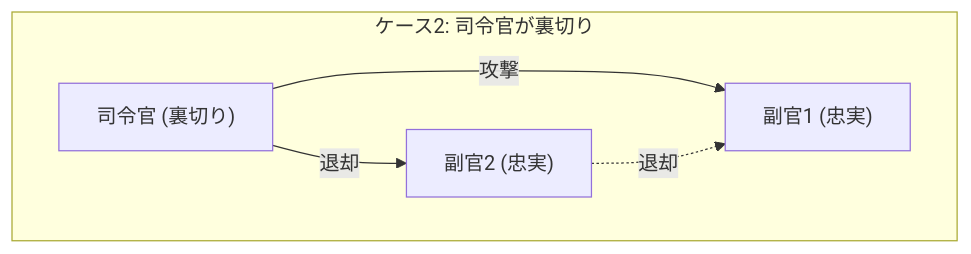
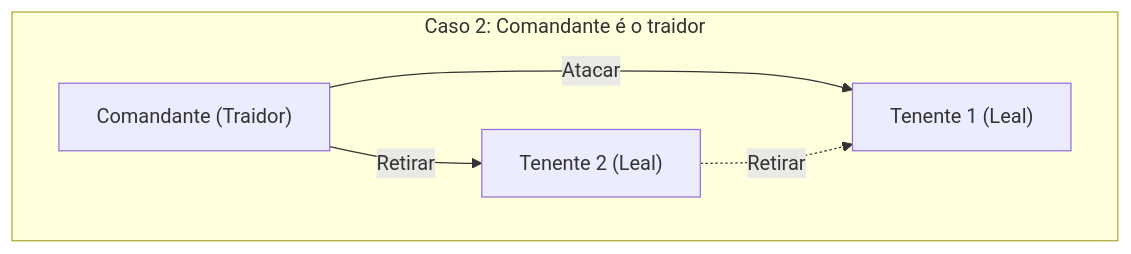
One commit to kenjinote/blog changed the third of 4 diagrams in content/post/byzantine-generals-problem/index.pt.md. Above: the diagram before and after it, drawn with Mermaid. The commit also changed other lines of this file and 28 other files, not shown here.

Commit message:
Translate Japanese text inside Mermaid diagrams to respective languages

````diff
--- a/content/post/byzantine-generals-problem/index.pt.md
+++ b/content/post/byzantine-generals-problem/index.pt.md
@@ -86,8 +86,8 @@
 ```mermaid
 graph TD
-subgraph "ケース2: 司令官が裏切り"
-    C["司令官 (裏切り)"] -->|"攻撃"| L1["副官1 (忠実)"]
-    C -->|"退却"| L2["副官2 (忠実)"]
-    L2 -.->|"退却"| L1
+subgraph "Caso 2: Comandante é o traidor"
+    C["Comandante (Traidor)"] -->|"Atacar"| L1["Tenente 1 (Leal)"]
+    C -->|"Retirar"| L2["Tenente 2 (Leal)"]
+    L2 -.->|"Retirar"| L1
 end
 ```
````
